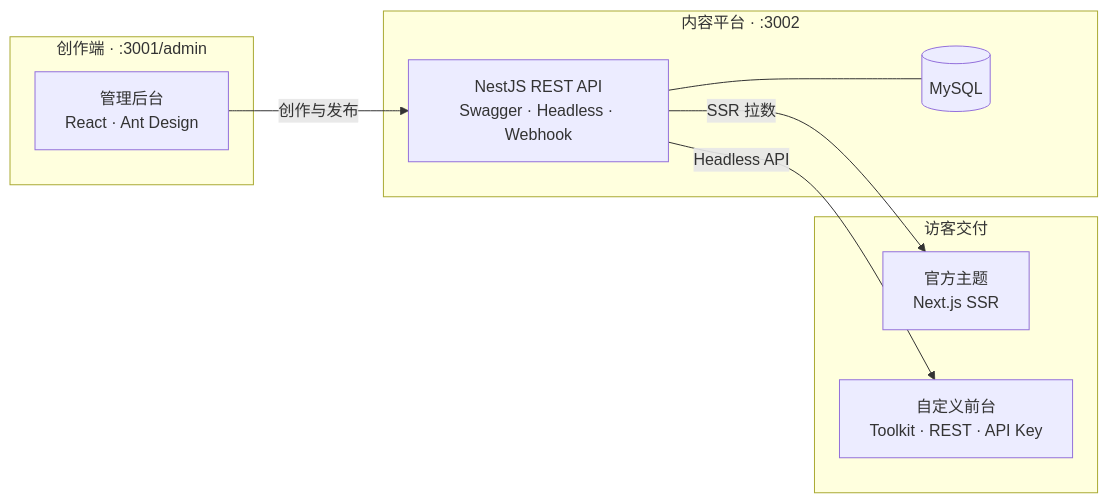
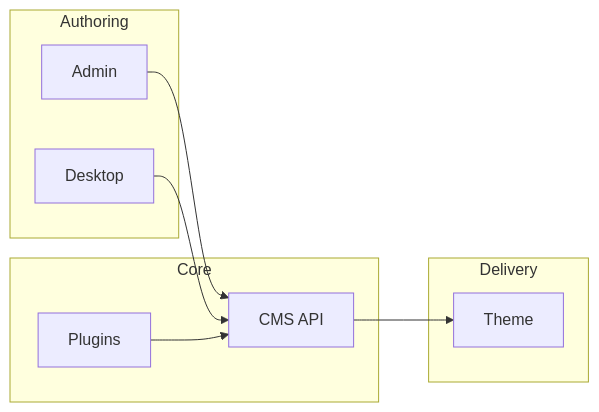
Before and after one commit to fecommunity/reactpress: the diagram in README-zh_CN.md, drawn with Mermaid. The commit also changed other lines of this file and 1115 other files, not shown here.

````diff
--- a/README-zh_CN.md
+++ b/README-zh_CN.md
@@ -192,21 +203,18 @@
 ```mermaid
 flowchart LR
-  subgraph Author["创作端 · :3001/admin"]
-    A["管理后台<br/>React · Ant Design"]
+  subgraph Authoring
+    Admin["Admin"]
+    Desktop["Desktop"]
   end
-
-  subgraph Core["内容平台 · :3002"]
-    B["NestJS REST API<br/>Swagger · Headless · Webhook"]
-    DB[(MySQL)]
-    B --- DB
+  subgraph Core
+    API["CMS API"]
+    Plugins["Plugins"]
   end
-
-  subgraph Delivery["访客交付"]
-    C["官方主题<br/>Next.js SSR"]
-    D["自定义前台<br/>Toolkit · REST · API Key"]
+  subgraph Delivery
+    Theme["Theme"]
   end
-
-  A -->|创作与发布| B
-  B -->|SSR 拉数| C
-  B -->|Headless API| D
+  Admin --> API
+  Desktop --> API
+  Plugins --> API
+  API --> Theme
 ```
````
